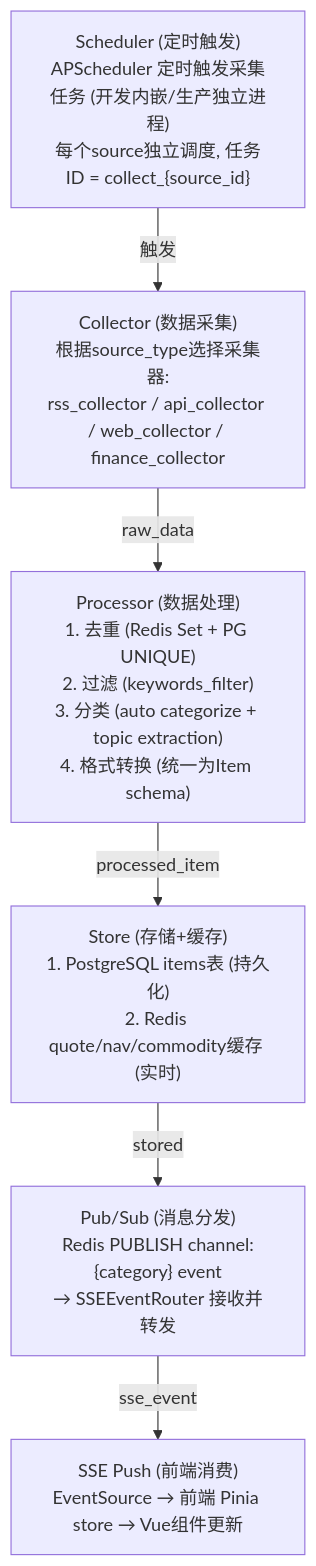
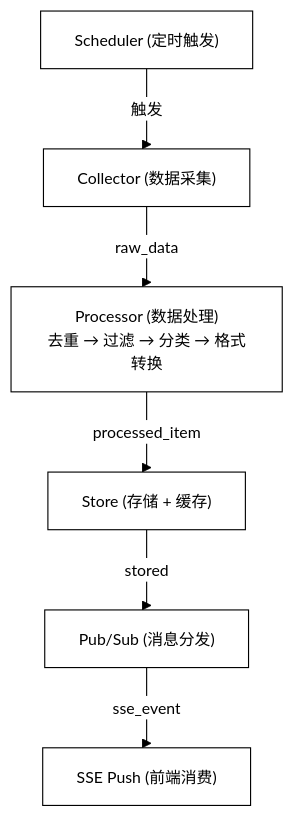
Before and after one commit to onceme/instantboard: the first of 12 diagrams in docs/design/data-flow.md, drawn with Mermaid. The commit also changed other lines of this file and 11 other files, not shown here.

Commit message:
docs: unify mermaid diagrams to black-and-white orthogonal style

````diff
--- a/docs/design/data-flow.md
+++ b/docs/design/data-flow.md
@@ -42,9 +42,9 @@
 ```mermaid
+%%{init: {"theme": "base", "themeVariables": {"background": "#ffffff", "primaryColor": "#ffffff", "primaryTextColor": "#000000", "primaryBorderColor": "#000000", "lineColor": "#000000", "secondaryColor": "#ffffff", "secondaryTextColor": "#000000", "secondaryBorderColor": "#000000", "tertiaryColor": "#ffffff", "tertiaryTextColor": "#000000", "tertiaryBorderColor": "#000000", "edgeLabelBackground": "#ffffff", "textColor": "#000000", "nodeTextColor": "#000000", "mainBkg": "#ffffff", "nodeBorder": "#000000", "clusterBkg": "#ffffff", "clusterBdr": "#000000", "clusterTextColor": "#000000", "titleColor": "#000000", "fontSize": "14px"}, "flowchart": {"curve": "step", "nodeSpacing": 40, "rankSpacing": 50, "wrappingWidth": 180, "useMaxWidth": true}}}%%
 graph TD
-    Scheduler["Scheduler (定时触发)<br>APScheduler 定时触发采集任务 (开发内嵌/生产独立进程)<br>每个source独立调度, 任务ID = collect_{source_id}"]
-    Scheduler -->|"触发"| Collector["Collector (数据采集)<br>根据source_type选择采集器:<br>rss_collector / api_collector / web_collector / finance_collector"]
-    Collector -->|"raw_data"| Processor["Processor (数据处理)<br>1. 去重 (Redis Set + PG UNIQUE)<br>2. 过滤 (keywords_filter)<br>3. 分类 (auto categorize + topic extraction)<br>4. 格式转换 (统一为Item schema)"]
-    Processor -->|"processed_item"| Store["Store (存储+缓存)<br>1. PostgreSQL items表 (持久化)<br>2. Redis quote/nav/commodity缓存 (实时)"]
-    Store -->|"stored"| PubSub["Pub/Sub (消息分发)<br>Redis PUBLISH channel:{category} event<br>→ SSEEventRouter 接收并转发"]
-    PubSub -->|"sse_event"| SSEPush["SSE Push (前端消费)<br>EventSource → 前端 Pinia store → Vue组件更新"]
+    Scheduler["Scheduler (定时触发)"] -->|"触发"| Collector["Collector (数据采集)"]
+    Collector -->|"raw_data"| Processor["Processor (数据处理)<br>去重 → 过滤 → 分类 → 格式转换"]
+    Processor -->|"processed_item"| Store["Store (存储 + 缓存)"]
+    Store -->|"stored"| PubSub["Pub/Sub (消息分发)"]
+    PubSub -->|"sse_event"| SSEPush["SSE Push (前端消费)"]
 ```
````
